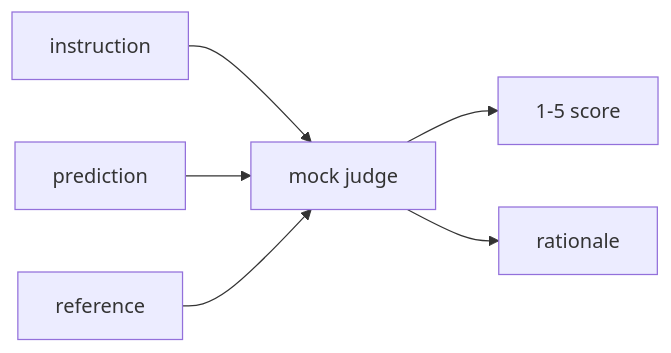
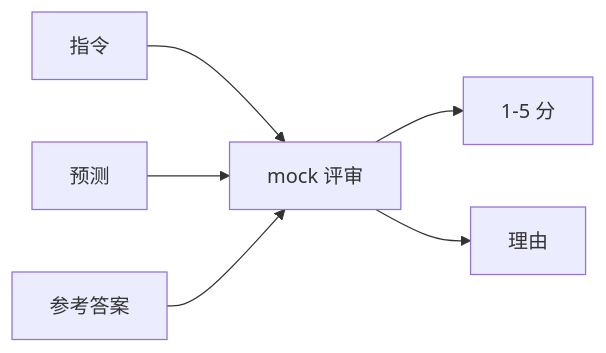
One commit to alessandrodinisio-ai/ai-engineering-learning-framework changed the second of 3 diagrams in phases/19-capstone-projects/41-eval-pipeline/docs/zh.md. Above: the diagram before and after it, drawn with Mermaid. The commit also changed other lines of this file and 120 other files, not shown here.

First line of the commit message:
i18n(mermaid): 337 个 mermaid 图表标签中文化

````diff
--- a/phases/19-capstone-projects/41-eval-pipeline/docs/zh.md
+++ b/phases/19-capstone-projects/41-eval-pipeline/docs/zh.md
@@ -86,8 +86,8 @@
 ```mermaid
 flowchart LR
-  Inst[instruction] --> Judge[mock judge]
-  Pred[prediction] --> Judge
-  Ref[reference] --> Judge
-  Judge --> Score[1-5 score]
-  Judge --> Why[rationale]
+  Inst[指令] --> Judge[mock 评审]
+  Pred[预测] --> Judge
+  Ref[参考答案] --> Judge
+  Judge --> Score[1-5 分]
+  Judge --> Why[理由]
 ```
````
